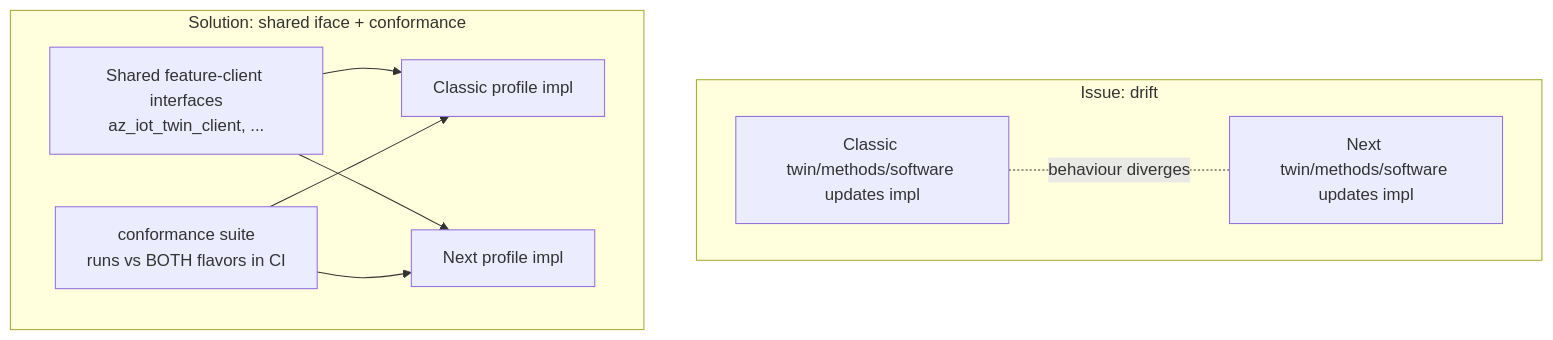
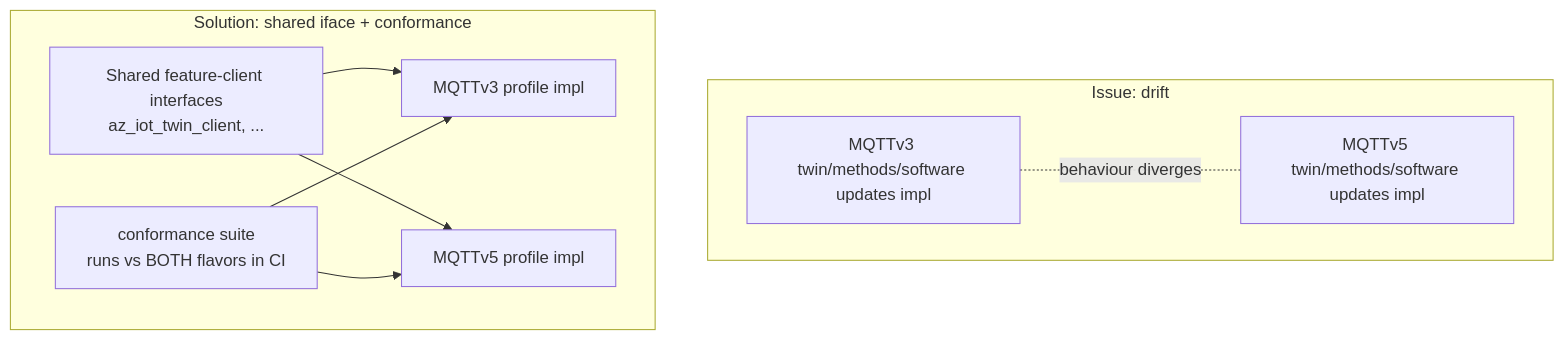
One commit to Azure/azure-iot-sdk changed diagram 11 of 20 in c/docs/eng/split-client.md. Above: the diagram before and after it, drawn with Mermaid. The commit also changed other lines of this file and 99 other files, not shown here.

First line of the commit message:
[C] Rename Classic/Next/AEG to MQTTv3/MQTTv5 (#274)

````diff
--- a/c/docs/eng/split-client.md
+++ b/c/docs/eng/split-client.md
@@ -410,19 +410,19 @@
 ```mermaid
 flowchart TB
     subgraph ISSUE["Issue: drift"]
-        T1["Classic twin/methods/software updates impl"]
-        T2["Next twin/methods/software updates impl"]
+        T1["MQTTv3 twin/methods/software updates impl"]
+        T2["MQTTv5 twin/methods/software updates impl"]
         T1 -. "behaviour diverges" .- T2
     end
 
     subgraph FIX["Solution: shared iface + conformance"]
         IF["Shared feature-client interfaces<br/>az_iot_twin_client, ..."]
-        IC["Classic profile impl"]
-        IN["Next profile impl"]
+        IC["MQTTv3 profile impl"]
+        IN["MQTTv5 profile impl"]
         CONF["conformance suite<br/>runs vs BOTH flavors in CI"]
         IF --> IC
         IF --> IN
         CONF --> IC
         CONF --> IN
     end
 ```
````
